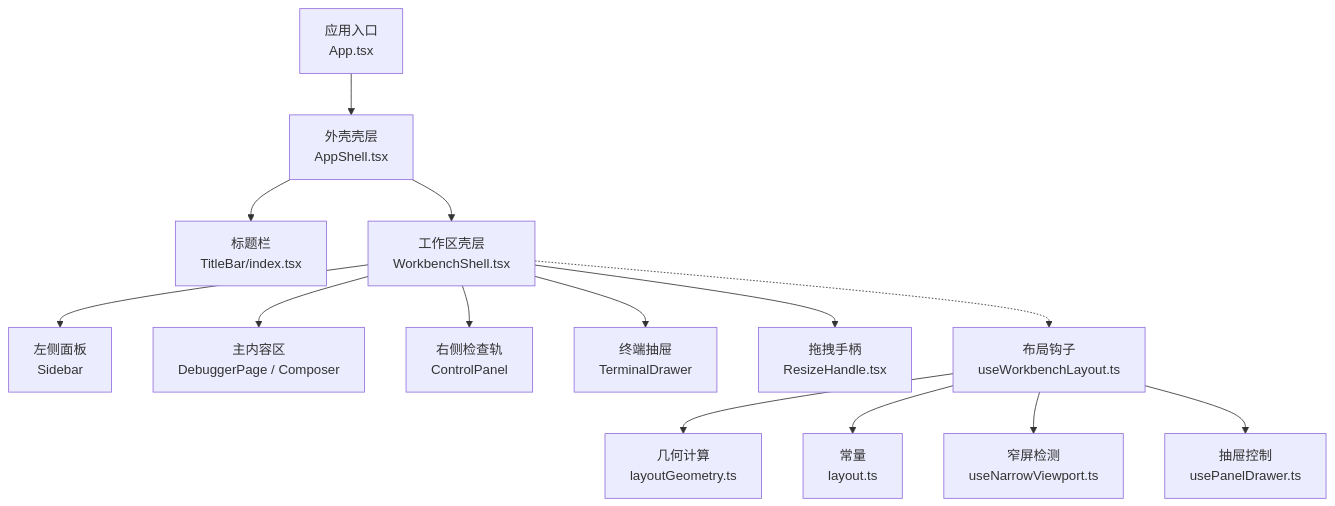
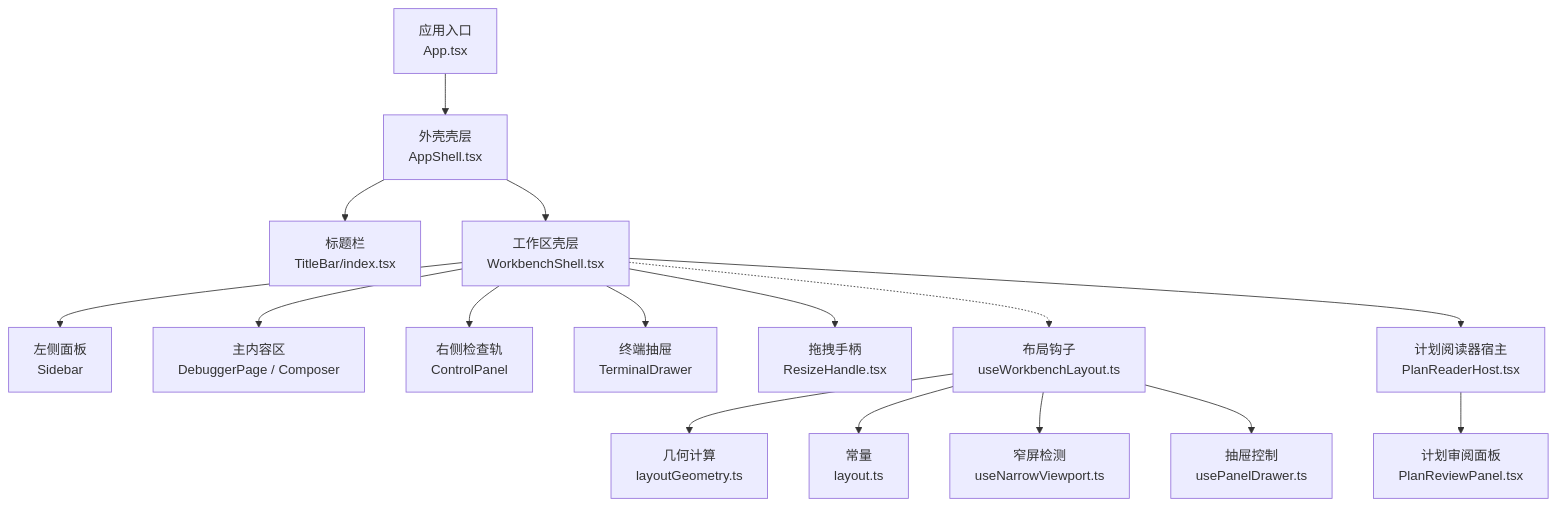
Before and after one commit to haolange/RDC-Agent: the first of 6 diagrams in .qoder/repowiki/zh/content/用户界面/工作台界面/工作台界面.md, drawn with Mermaid. The commit also changed other lines of this file and 80 other files, not shown here.

````diff
--- a/.qoder/repowiki/zh/content/用户界面/工作台界面/工作台界面.md
+++ b/.qoder/repowiki/zh/content/用户界面/工作台界面/工作台界面.md
@@ -45,16 +51,18 @@
 ```mermaid
 graph TB
 A["应用入口<br/>App.tsx"] --> B["外壳壳层<br/>AppShell.tsx"]
 B --> C["标题栏<br/>TitleBar/index.tsx"]
 B --> D["工作区壳层<br/>WorkbenchShell.tsx"]
 D --> E["左侧面板<br/>Sidebar"]
 D --> F["主内容区<br/>DebuggerPage / Composer"]
 D --> G["右侧检查轨<br/>ControlPanel"]
 D --> H["终端抽屉<br/>TerminalDrawer"]
 D --> I["拖拽手柄<br/>ResizeHandle.tsx"]
 D -.-> J["布局钩子<br/>useWorkbenchLayout.ts"]
 J --> K["几何计算<br/>layoutGeometry.ts"]
 J --> L["常量<br/>layout.ts"]
 J --> M["窄屏检测<br/>useNarrowViewport.ts"]
 J --> N["抽屉控制<br/>usePanelDrawer.ts"]
+D --> O["计划阅读器宿主<br/>PlanReaderHost.tsx"]
+O --> P["计划审阅面板<br/>PlanReviewPanel.tsx"]
 ```
````
